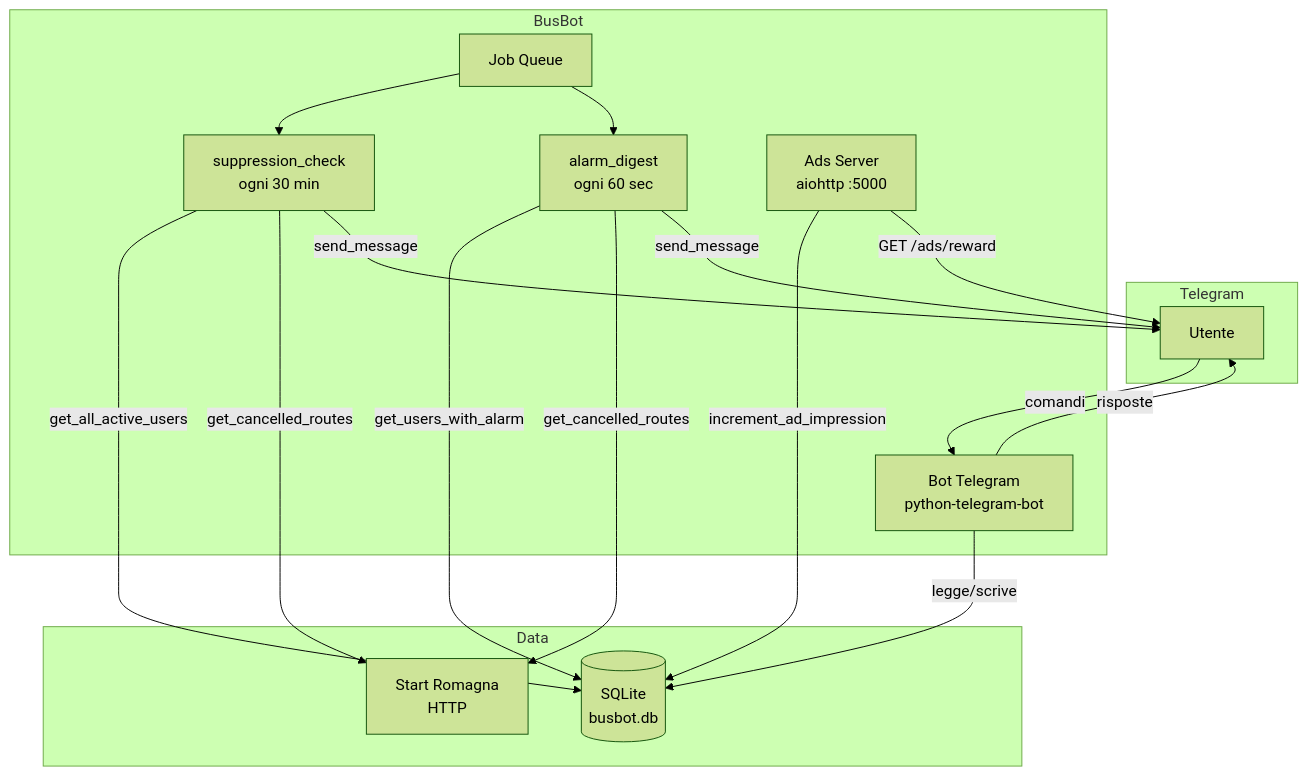
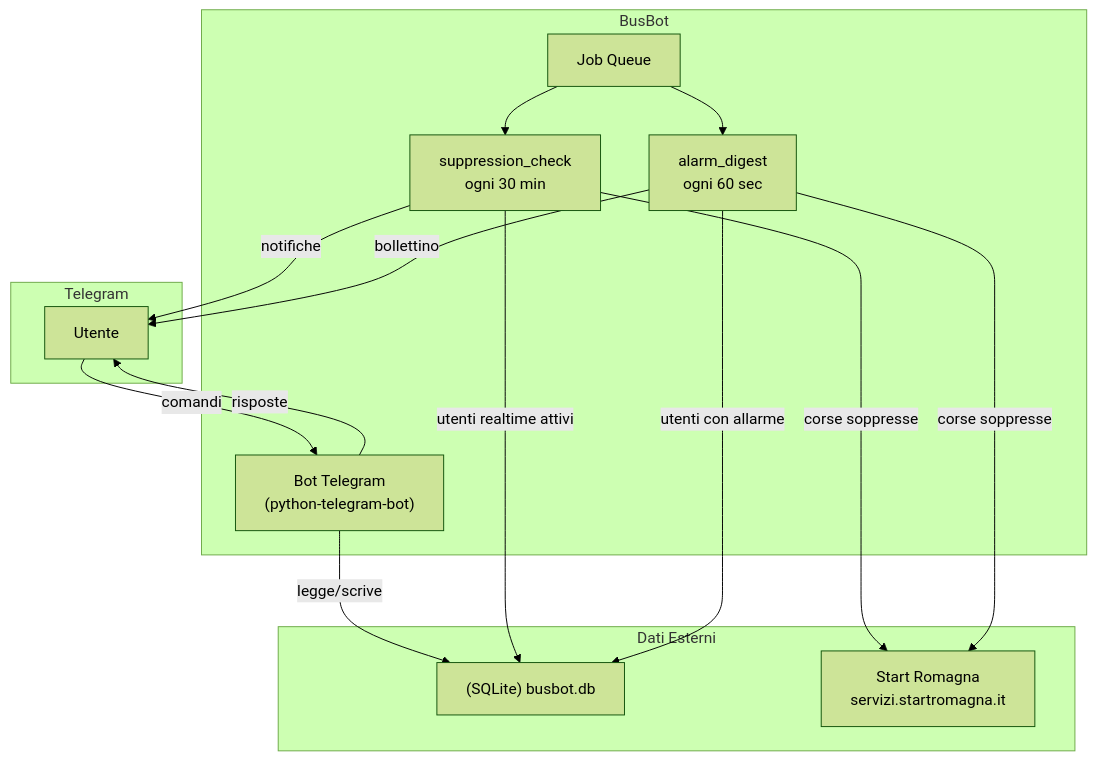
The first of 6 diagrams in README.md (Ceccaa/BusBot), drawn with Mermaid (forest theme) before and after one commit. The commit also changed other lines of this file and 11 other files, not shown here.

Commit message:
refactor: clean code audit, fix realtime bug, remove dead code, rename to AdsTerra

````diff
--- a/README.md
+++ b/README.md
@@ -37,37 +29,33 @@
 ```mermaid
 graph TB
     subgraph Telegram
         U[Utente]
     end
 
     subgraph BusBot
-        BOT[Bot Telegram<br/>python-telegram-bot]
+        BOT["Bot Telegram<br/>(python-telegram-bot)"]
         JQ[Job Queue]
-        SC[suppression_check<br/>ogni 30 min]
-        AD[alarm_digest<br/>ogni 60 sec]
-        ADS[Ads Server<br/>aiohttp :5000]
+        SC["suppression_check<br/>ogni 30 min"]
+        AD["alarm_digest<br/>ogni 60 sec"]
     end
 
-    subgraph Data
-        DB[(SQLite<br/>busbot.db)]
-        SR[Start Romagna<br/>HTTP]
+    subgraph Dati Esterni
+        DB["(SQLite) busbot.db"]
+        SR["Start Romagna<br/>servizi.startromagna.it"]
     end
 
     U -- comandi --> BOT
+    BOT -- risposte --> U
     BOT -- legge/scrive --> DB
-    BOT -- risposte --> U
 
     JQ --> SC
     JQ --> AD
 
-    SC -- get_all_active_users --> DB
-    SC -- get_cancelled_routes --> SR
-    SC -- send_message --> U
+    SC -- utenti realtime attivi --> DB
+    SC -- corse soppresse --> SR
+    SC -- notifiche --> U
 
-    AD -- get_users_with_alarm --> DB
-    AD -- get_cancelled_routes --> SR
-    AD -- send_message --> U
-
-    ADS -- increment_ad_impression --> DB
-    ADS -- GET /ads/reward --> U
+    AD -- utenti con allarme --> DB
+    AD -- corse soppresse --> SR
+    AD -- bollettino --> U
 ```
````
